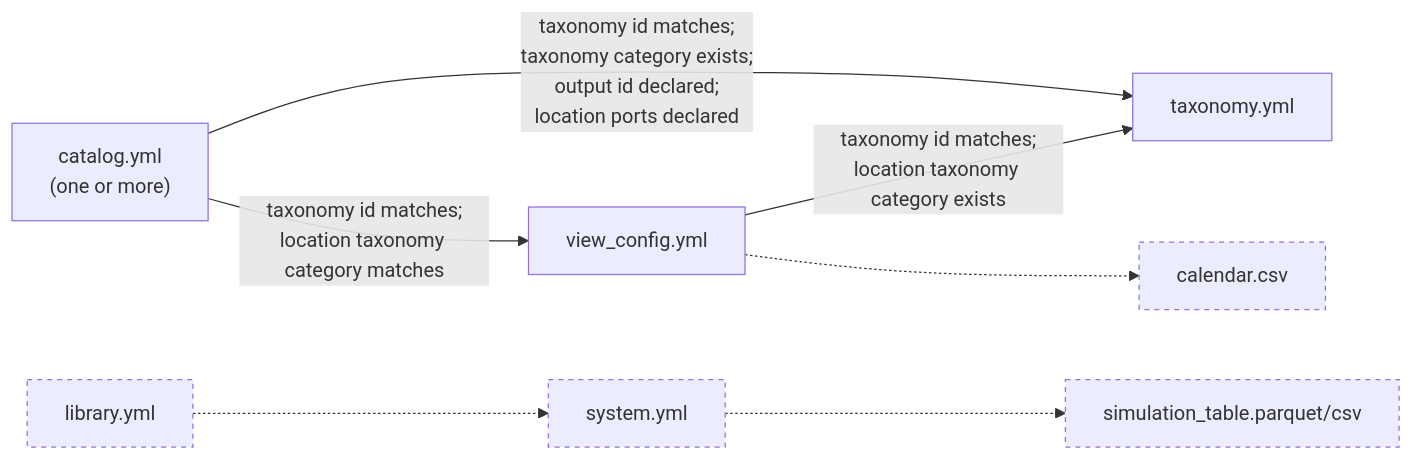
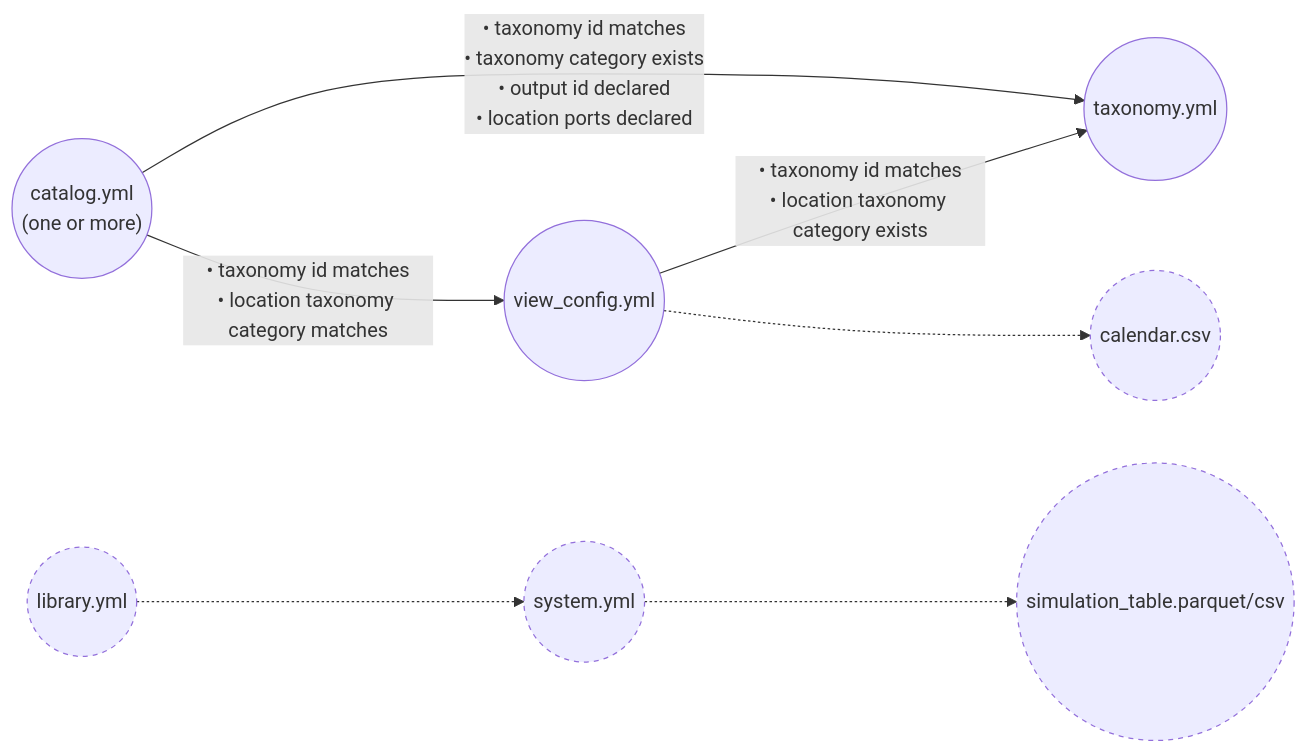
Before and after one commit to AntaresSimulatorTeam/GEMS-ViewsBuilder: the diagram in docs/input_validation_diagram.md, drawn with Mermaid.

Commit message:
refactor(input validation diagram): enhance node representation and edge labeling
- Updated the input validation diagram to use rounded nodes for input files, improving visual clarity.
- Revised edge labels to use bullet points for better readability and understanding of validation checks between files.
- Maintained the overall structure while enhancing the diagram's effectiveness in conveying the validation relationships.

````diff
--- a/docs/input_validation_diagram.md
+++ b/docs/input_validation_diagram.md
@@ -6,21 +6,21 @@
 ```mermaid
 graph LR
-    catalog["catalog.yml<br/>(one or more)"]
-    taxonomy["taxonomy.yml"]
-    view_config["view_config.yml"]
-    library["library.yml"]
-    system["system.yml"]
-    simulation_table["simulation_table.parquet/csv"]
-    calendar["calendar.csv"]
+    catalog(("catalog.yml<br/>(one or more)"))
+    taxonomy(("taxonomy.yml"))
+    view_config(("view_config.yml"))
+    library(("library.yml"))
+    system(("system.yml"))
+    simulation_table(("simulation_table.parquet/csv"))
+    calendar(("calendar.csv"))
 
-    catalog -- "taxonomy id matches;<br/>taxonomy category exists;<br/>output id declared;<br/>location ports declared" --> taxonomy
-    view_config -- "taxonomy id matches;<br/>location taxonomy category exists" --> taxonomy
-    catalog -- "taxonomy id matches;<br/>location taxonomy category matches" --> view_config
+    catalog -- "• taxonomy id matches<br/>• taxonomy category exists<br/>• output id declared<br/>• location ports declared" --> taxonomy
+    view_config -- "• taxonomy id matches<br/>• location taxonomy category exists" --> taxonomy
+    catalog -- "• taxonomy id matches<br/>• location taxonomy category matches" --> view_config
 
     library -.-> system
     system -.-> simulation_table
     view_config -.-> calendar
 
     classDef unvalidated stroke-dasharray: 4 4;
     class library,system,simulation_table,calendar unvalidated;
 ```
````
